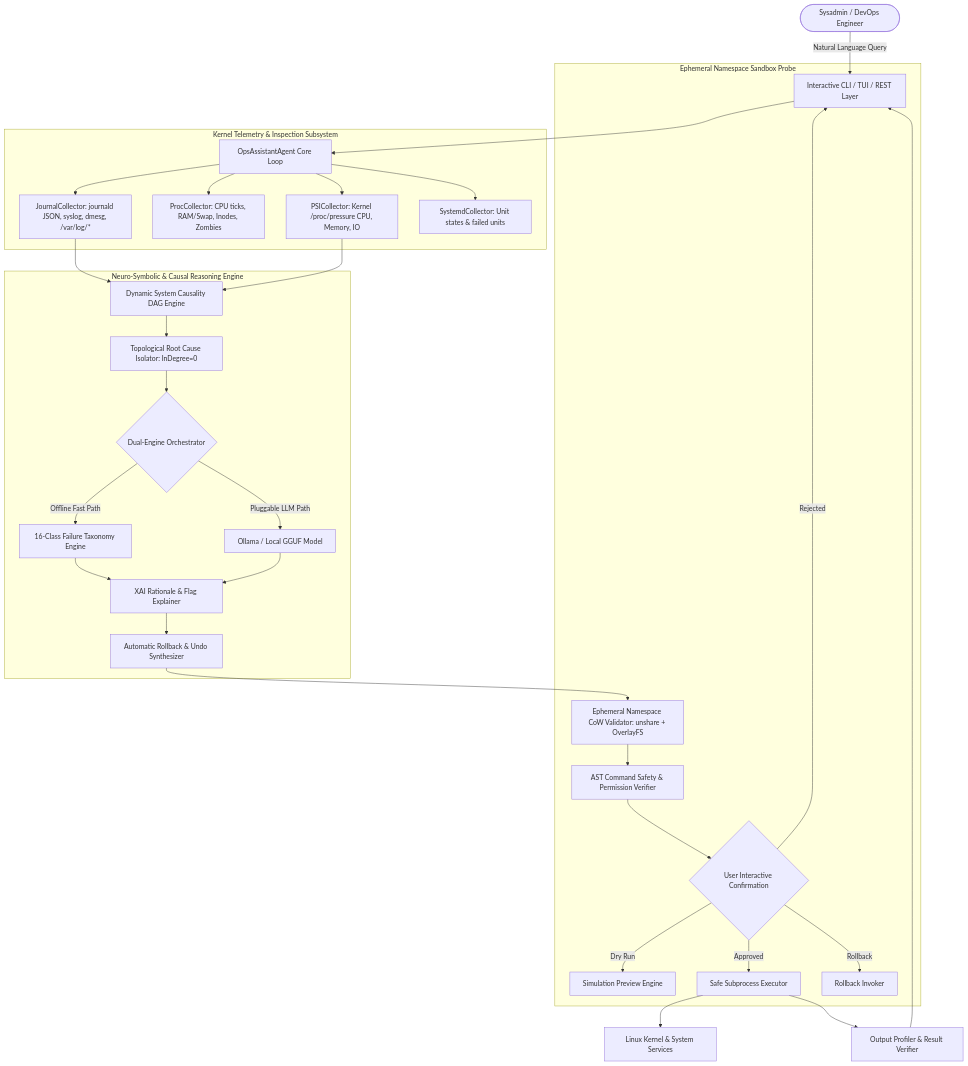
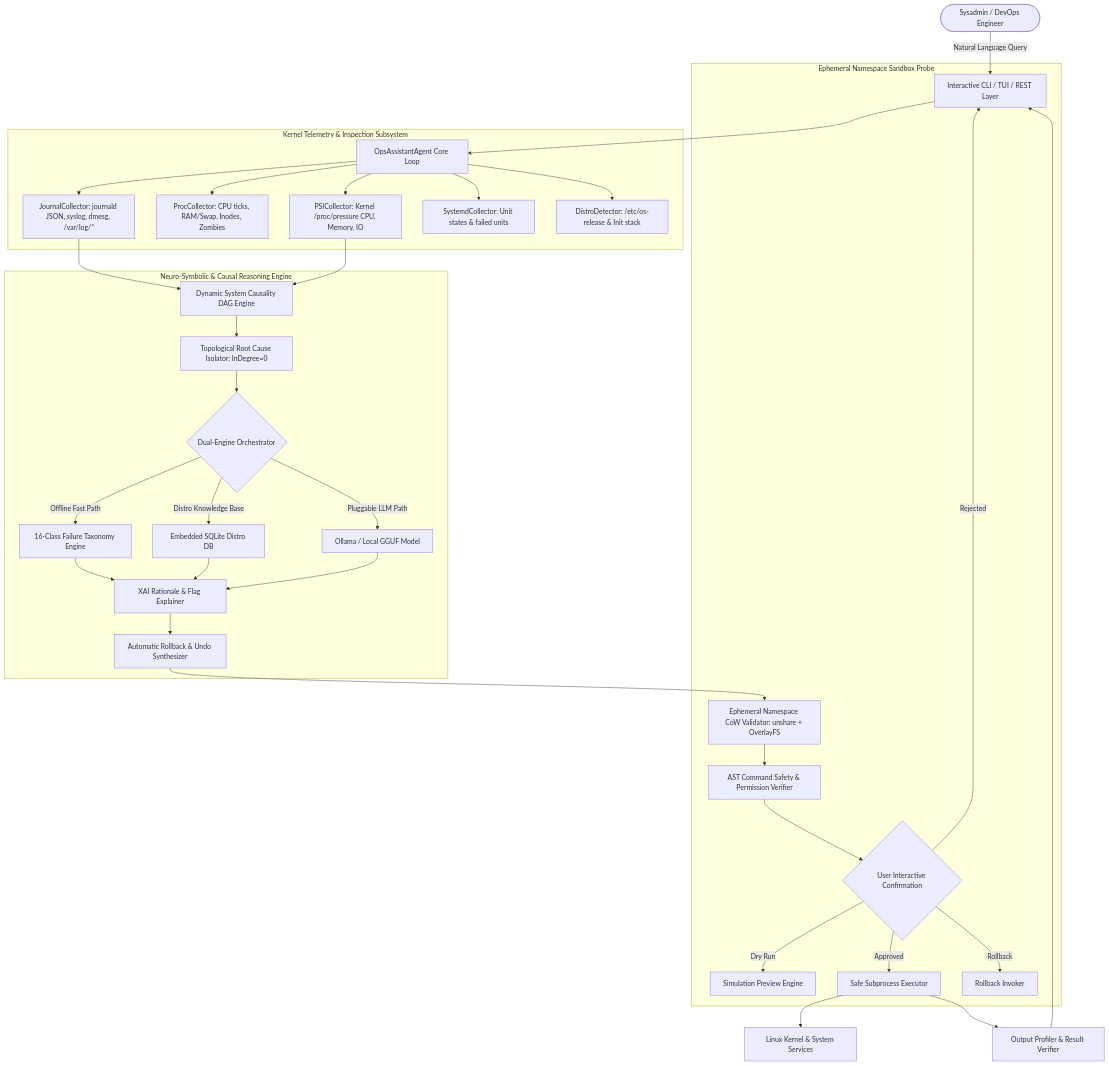
Before and after one commit to Dev-angPatil/01_LinuxOpsAssistant: the diagram in ARCHITECTURE.md, drawn with Mermaid. The commit also changed other lines of this file and 33 other files, not shown here.

Commit message:
feat: complete Phase 1-4 delivery, multi-distro knowledge engine, causal DAG, PSI metrics, and in-process GGUF LLM provider

````diff
--- a/ARCHITECTURE.md
+++ b/ARCHITECTURE.md
@@ -7,38 +7,41 @@
 ```mermaid
 graph TD
     User([Sysadmin / DevOps Engineer]) -->|Natural Language Query| CLI[Interactive CLI / TUI / REST Layer]
     CLI --> Agent[OpsAssistantAgent Core Loop]
 
     subgraph "Kernel Telemetry & Inspection Subsystem"
         Agent --> LogCollector[JournalCollector: journald JSON, syslog, dmesg, /var/log/*]
         Agent --> MetricCollector[ProcCollector: CPU ticks, RAM/Swap, Inodes, Zombies]
         Agent --> PSICollector[PSICollector: Kernel /proc/pressure CPU, Memory, IO]
         Agent --> ServiceInspector[SystemdCollector: Unit states & failed units]
+        Agent --> DistroDetector[DistroDetector: /etc/os-release & Init stack]
     end
 
     subgraph "Neuro-Symbolic & Causal Reasoning Engine"
         LogCollector --> CausalityDAG[Dynamic System Causality DAG Engine]
         PSICollector --> CausalityDAG
         CausalityDAG --> RootCause[Topological Root Cause Isolator: InDegree=0]
         RootCause --> DualEngine{Dual-Engine Orchestrator}
         DualEngine -->|Offline Fast Path| TaxonomyKB[16-Class Failure Taxonomy Engine]
+        DualEngine -->|Distro Knowledge Base| DistroDB[Embedded SQLite Distro DB]
         DualEngine -->|Pluggable LLM Path| LocalLLM[Ollama / Local GGUF Model]
         TaxonomyKB --> XAI[XAI Rationale & Flag Explainer]
+        DistroDB --> XAI
         LocalLLM --> XAI
         XAI --> Rollback[Automatic Rollback & Undo Synthesizer]
     end
 
     subgraph "Ephemeral Namespace Sandbox Probe"
         Rollback --> SandboxProbe[Ephemeral Namespace CoW Validator: unshare + OverlayFS]
         SandboxProbe --> CmdValidator[AST Command Safety & Permission Verifier]
         CmdValidator --> UserConfirm{User Interactive Confirmation}
         UserConfirm -->|Dry Run| DryRunEngine[Simulation Preview Engine]
         UserConfirm -->|Approved| Executor[Safe Subprocess Executor]
         UserConfirm -->|Rollback| RollbackExecutor[Rollback Invoker]
         UserConfirm -->|Rejected| CLI
     end
 
     Executor --> OS[Linux Kernel & System Services]
     Executor --> OutputFormatter[Output Profiler & Result Verifier]
     OutputFormatter --> CLI
 ```
````
